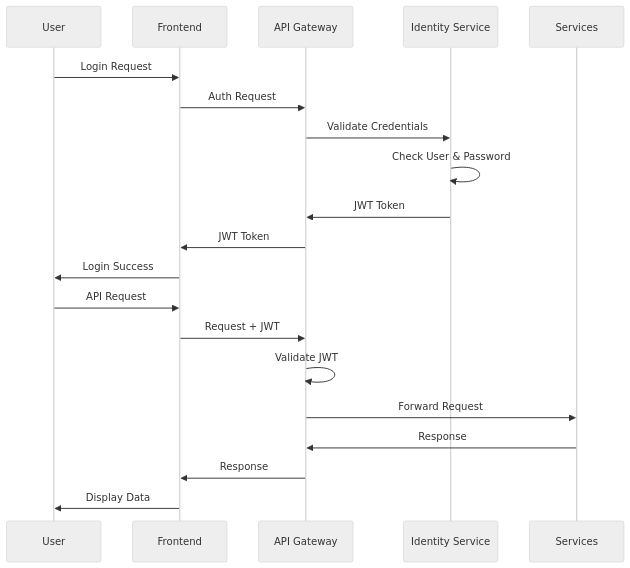
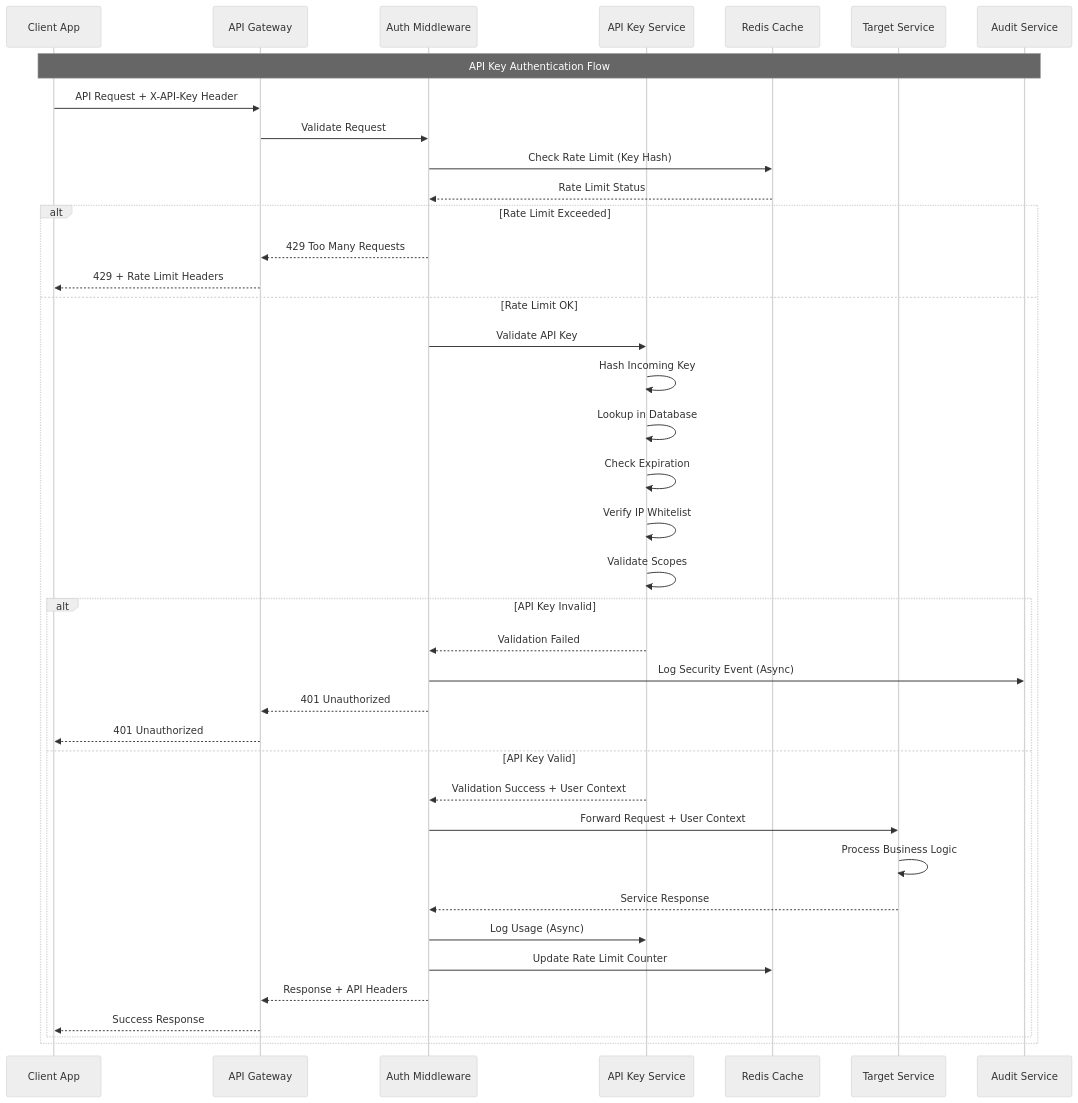
One commit to vinhltt/3_tihomo changed the second of 10 diagrams in design-docs/03-architecture/diagrams/flowcharts-v4.md. Above: the diagram before and after it, drawn with Mermaid (neutral theme). The commit also changed other lines of this file and 12 other files, not shown here.

First line of the commit message:
feat(api): Update design Enhanced API Key Management system

````diff
--- a/design-docs/03-architecture/diagrams/flowcharts-v4.md
+++ b/design-docs/03-architecture/diagrams/flowcharts-v4.md
@@ -43,24 +117,51 @@
 ```mermaid
 sequenceDiagram
-    participant U as User
-    participant FE as Frontend
-    participant GW as API Gateway
-    participant ID as Identity Service
-    participant S as Services
+    participant Client as Client App
+    participant Gateway as API Gateway
+    participant AuthMW as Auth Middleware
+    participant ApiKeySvc as API Key Service
+    participant Redis as Redis Cache
+    participant TargetSvc as Target Service
+    participant AuditSvc as Audit Service
     
-    U->>FE: Login Request
-    FE->>GW: Auth Request
-    GW->>ID: Validate Credentials
-    ID->>ID: Check User & Password
-    ID->>GW: JWT Token
-    GW->>FE: JWT Token
-    FE->>U: Login Success
+    Note over Client,AuditSvc: API Key Authentication Flow
     
-    U->>FE: API Request
-    FE->>GW: Request + JWT
-    GW->>GW: Validate JWT
-    GW->>S: Forward Request
-    S->>GW: Response
-    GW->>FE: Response
-    FE->>U: Display Data
+    Client->>Gateway: API Request + X-API-Key Header
+    Gateway->>AuthMW: Validate Request
+    
+    %% Rate Limiting Check
+    AuthMW->>Redis: Check Rate Limit (Key Hash)
+    Redis-->>AuthMW: Rate Limit Status
+    
+    alt Rate Limit Exceeded
+        AuthMW-->>Gateway: 429 Too Many Requests
+        Gateway-->>Client: 429 + Rate Limit Headers
+    else Rate Limit OK
+        %% API Key Validation
+        AuthMW->>ApiKeySvc: Validate API Key
+        ApiKeySvc->>ApiKeySvc: Hash Incoming Key
+        ApiKeySvc->>ApiKeySvc: Lookup in Database
+        ApiKeySvc->>ApiKeySvc: Check Expiration
+        ApiKeySvc->>ApiKeySvc: Verify IP Whitelist
+        ApiKeySvc->>ApiKeySvc: Validate Scopes
+        
+        alt API Key Invalid
+            ApiKeySvc-->>AuthMW: Validation Failed
+            AuthMW->>AuditSvc: Log Security Event (Async)
+            AuthMW-->>Gateway: 401 Unauthorized
+            Gateway-->>Client: 401 Unauthorized
+        else API Key Valid
+            ApiKeySvc-->>AuthMW: Validation Success + User Context
+            AuthMW->>TargetSvc: Forward Request + User Context
+            TargetSvc->>TargetSvc: Process Business Logic
+            TargetSvc-->>AuthMW: Service Response
+            
+            %% Usage Logging
+            AuthMW->>ApiKeySvc: Log Usage (Async)
+            AuthMW->>Redis: Update Rate Limit Counter
+            
+            AuthMW-->>Gateway: Response + API Headers
+            Gateway-->>Client: Success Response
+        end
+    end
 ```
````
